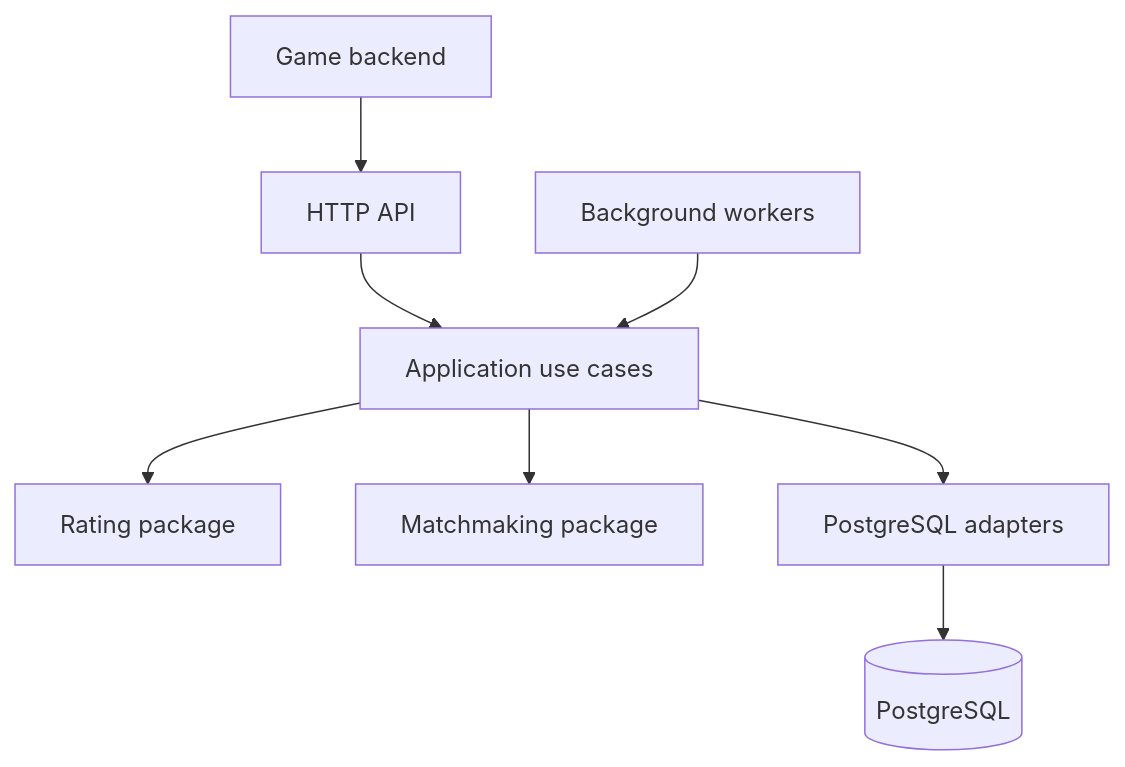
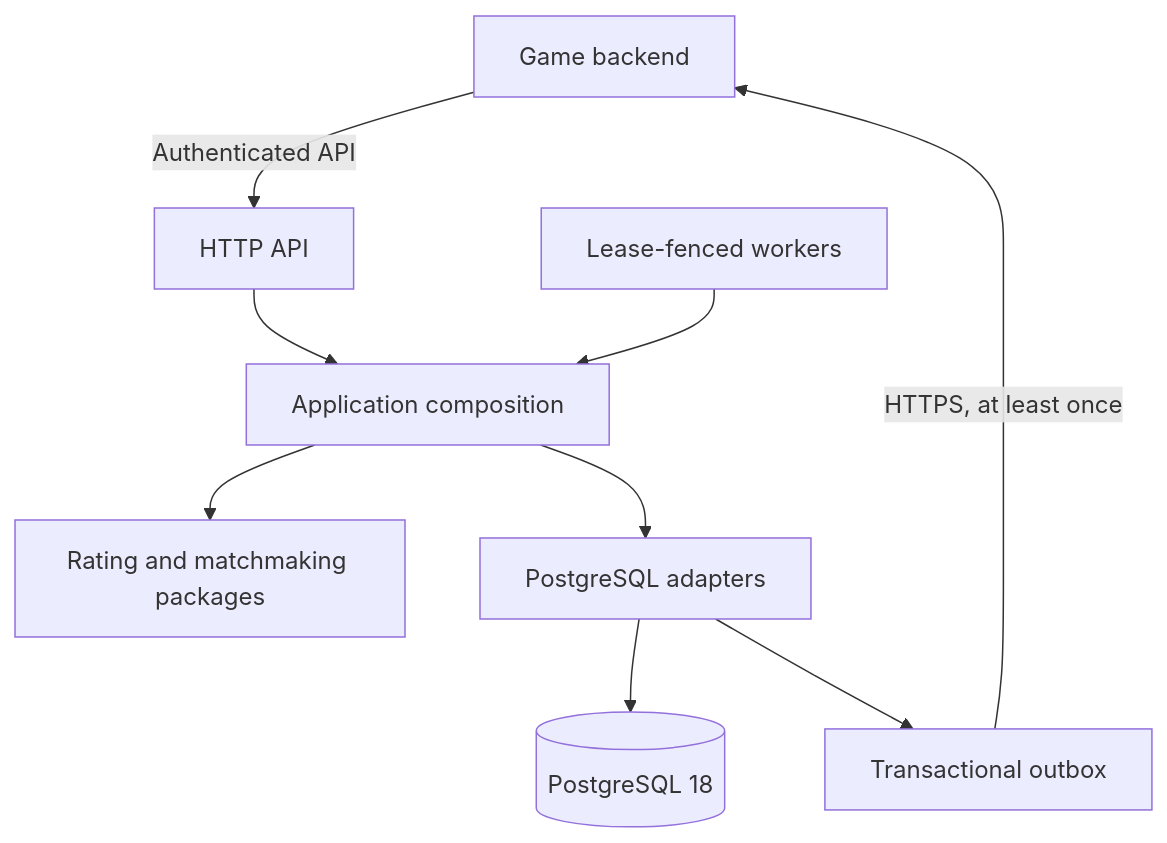
One commit to krav01/solitaire-matchmaking changed the diagram in README.md. Above: the diagram before and after it, drawn with Mermaid. The commit also changed other lines of this file and 6 other files, not shown here.

````diff
--- a/README.md
+++ b/README.md
@@ -43,10 +31,11 @@
 ```mermaid
-flowchart TD
-    GB["Game backend"] --> API["HTTP API"]
-    API --> APP["Application use cases"]
-    WRK["Background workers"] --> APP
-    APP --> RT["Rating package"]
-    APP --> MM["Matchmaking package"]
-    APP --> PG["PostgreSQL adapters"]
-    PG --> DB[("PostgreSQL")]
+flowchart TB
+    GB["Game backend"] -->|"Authenticated API"| API["HTTP API"]
+    API --> APP["Application composition"]
+    WORKERS["Lease-fenced workers"] --> APP
+    APP --> DOMAIN["Rating and matchmaking packages"]
+    APP --> ADAPTERS["PostgreSQL adapters"]
+    ADAPTERS --> DB[("PostgreSQL 18")]
+    ADAPTERS --> OUTBOX["Transactional outbox"]
+    OUTBOX -->|"HTTPS, at least once"| GB
 ```
````
